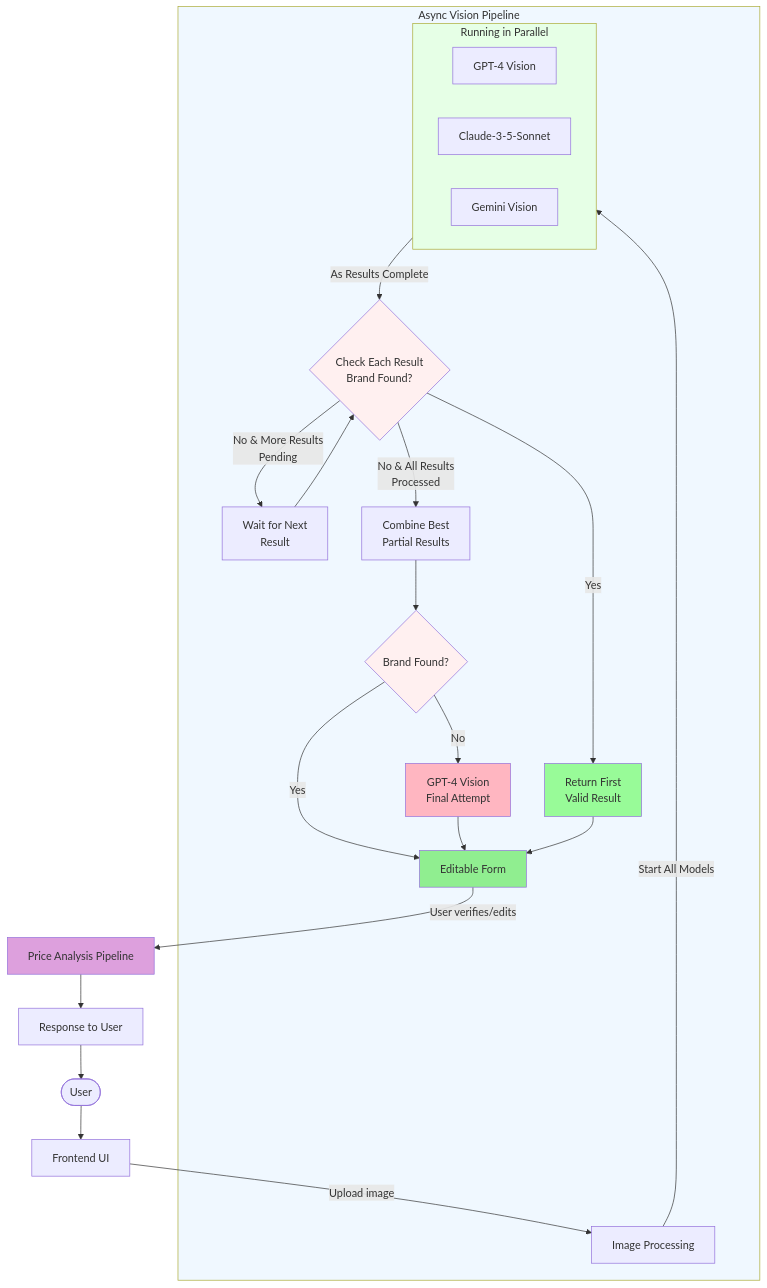
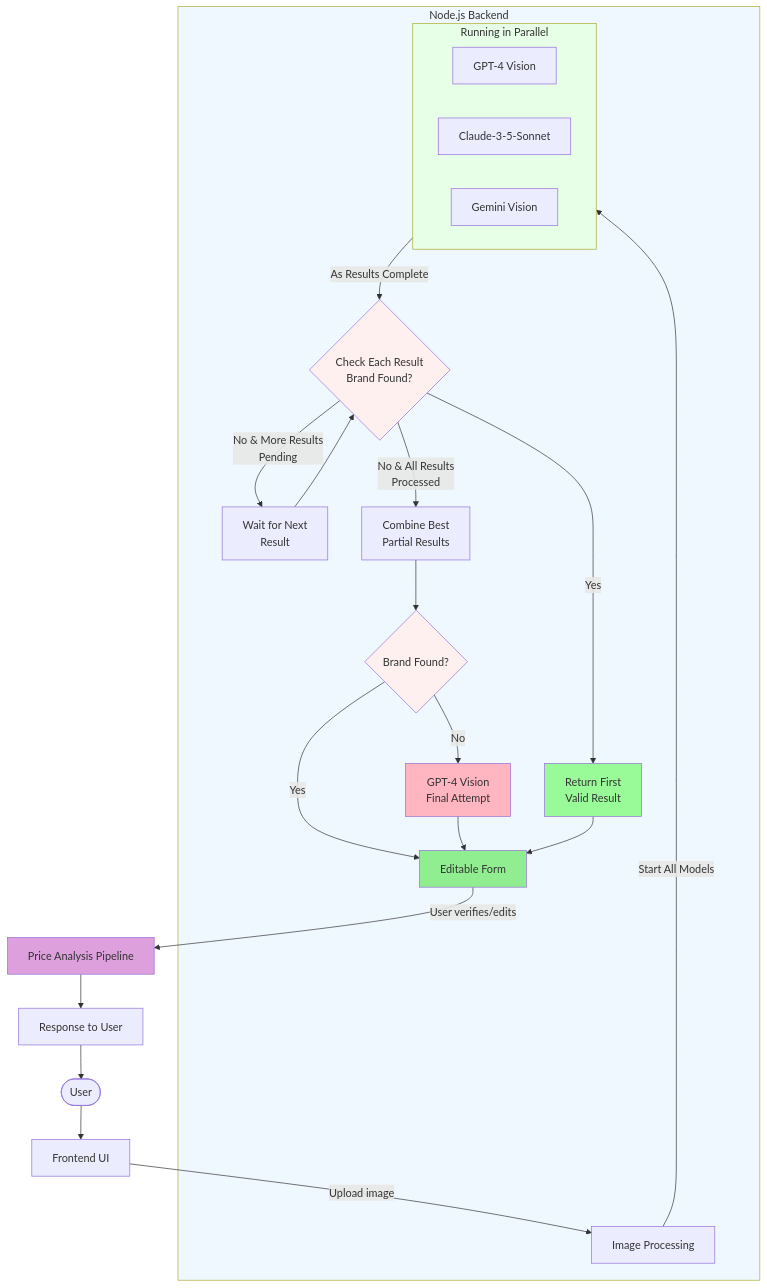
Before and after one commit to team-alya/kaluste-backend: the first of 2 diagrams in README.md, drawn with Mermaid.

Commit message:
Update flowchart

````diff
--- a/README.md
+++ b/README.md
@@ -244,44 +244,44 @@
 ```mermaid
 flowchart TD
     User([User]) --> FrontendUI[Frontend UI]
     FrontendUI -->|Upload image| ImageProcess[Image Processing]
 
-    subgraph AsyncPipeline[Async Vision Pipeline]
+    subgraph NodeBackend[Node.js Backend]
         ImageProcess --> |Start All Models| AsyncModels[Async Vision Models]
 
         subgraph AsyncModels[Running in Parallel]
             direction LR
             GPT4[GPT-4 Vision]
             Claude[Claude-3-5-Sonnet]
             Gemini[Gemini Vision]
         end
 
         AsyncModels --> |As Results Complete| ResultCheck{Check Each Result<br>Brand Found?}
 
         ResultCheck -->|Yes| StopAndUse[Return First<br>Valid Result]
         ResultCheck -->|No & More Results<br>Pending| WaitNext[Wait for Next<br>Result]
         WaitNext --> ResultCheck
 
         ResultCheck -->|No & All Results<br>Processed| CombineResults[Combine Best<br>Partial Results]
 
         CombineResults --> CheckBrand{Brand Found?}
         CheckBrand -->|Yes| EditableForm
         CheckBrand -->|No| FinalGPT4[GPT-4 Vision<br>Final Attempt]
         FinalGPT4 --> EditableForm
     end
 
     StopAndUse --> EditableForm[Editable Form]
 
     EditableForm -->|User verifies/edits| PriceAnalysis[Price Analysis Pipeline]
     PriceAnalysis --> ResponseUI[Response to User]
     ResponseUI --> User
 
-    style AsyncPipeline fill:#f0f8ff
+    style NodeBackend fill:#f0f8ff
     style AsyncModels fill:#e6ffe6
     style ResultCheck fill:#fff0f0
     style EditableForm fill:#90EE90
     style StopAndUse fill:#98FB98
     style FinalGPT4 fill:#FFB6C1
     style CheckBrand fill:#fff0f0
     style PriceAnalysis fill:#DDA0DD
 ```
````
